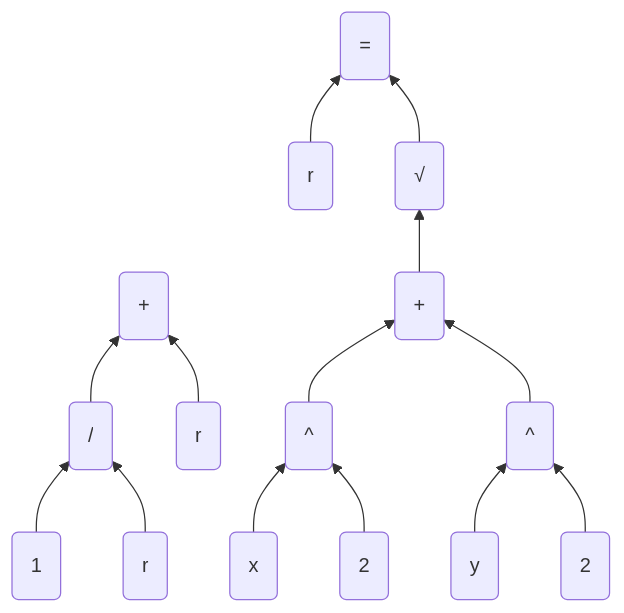
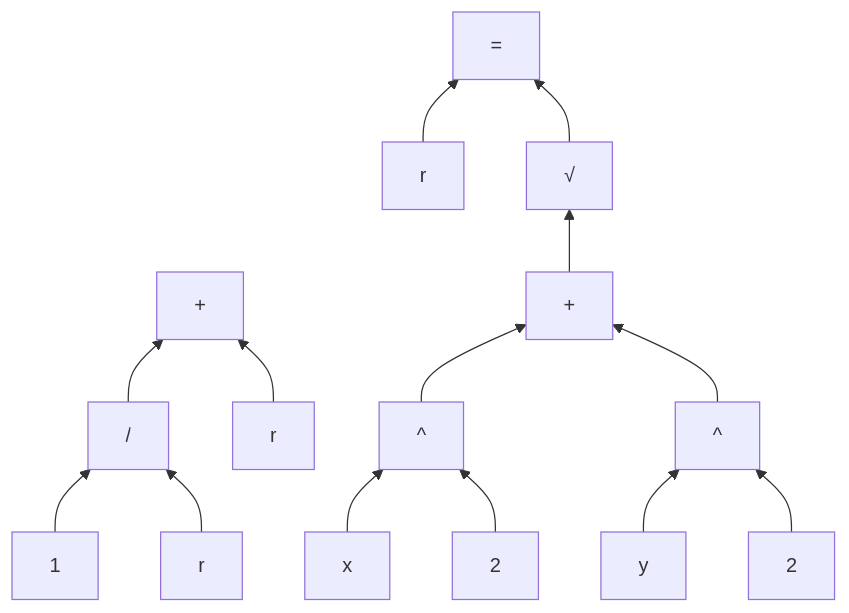
One commit to bogedy/bogedy.github.io changed the second of 5 diagrams in content/blog/struck.md. Above: the diagram before and after it, drawn with Mermaid. The commit also changed other lines of this file and 4 other files, not shown here.

````diff
--- a/content/blog/struck.md
+++ b/content/blog/struck.md
@@ -150,17 +150,17 @@
 ```mermaid
 flowchart BT 
-  D(/) --> P(+) 
-  O(1) --> D
-  R1(r) --> D
-  R2(r) --> P
+  D["/"] --> P[+] 
+  O[1] --> D
+  R1[r] --> D
+  R2[r] --> P
 
-  R(r) --> EQ(=)
-  S1("√") --> EQ
-  P1(+) --> S1
-  E11(^) --> P1
-  X1(x) --> E11
-  T11(2) --> E11
-  E12(^) --> P1
-  Y1(y) --> E12
-  T12(2) --> E12
+  R[r] --> EQ[=]
+  S1["√"] --> EQ
+  P1[+] --> S1
+  E11[^] --> P1
+  X1[x] --> E11
+  T11[2] --> E11
+  E12[^] --> P1
+  Y1[y] --> E12
+  T12[2] --> E12
 ```
````
